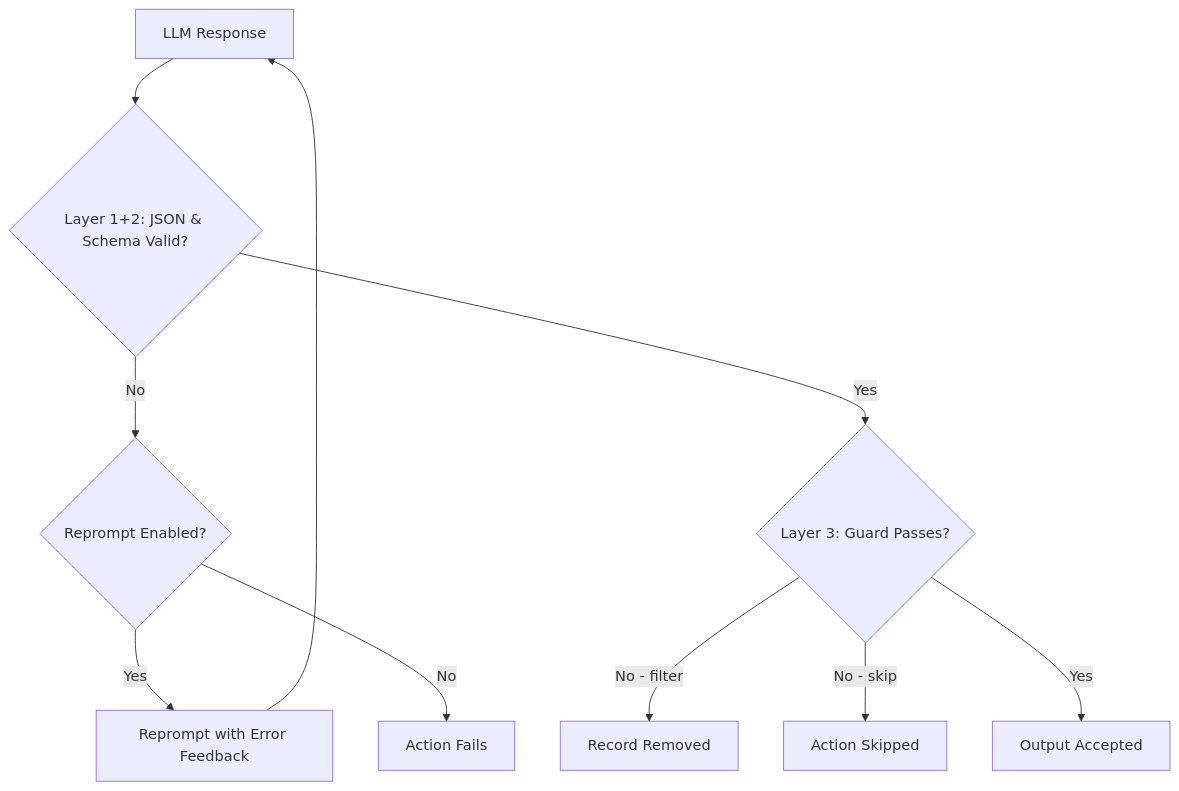
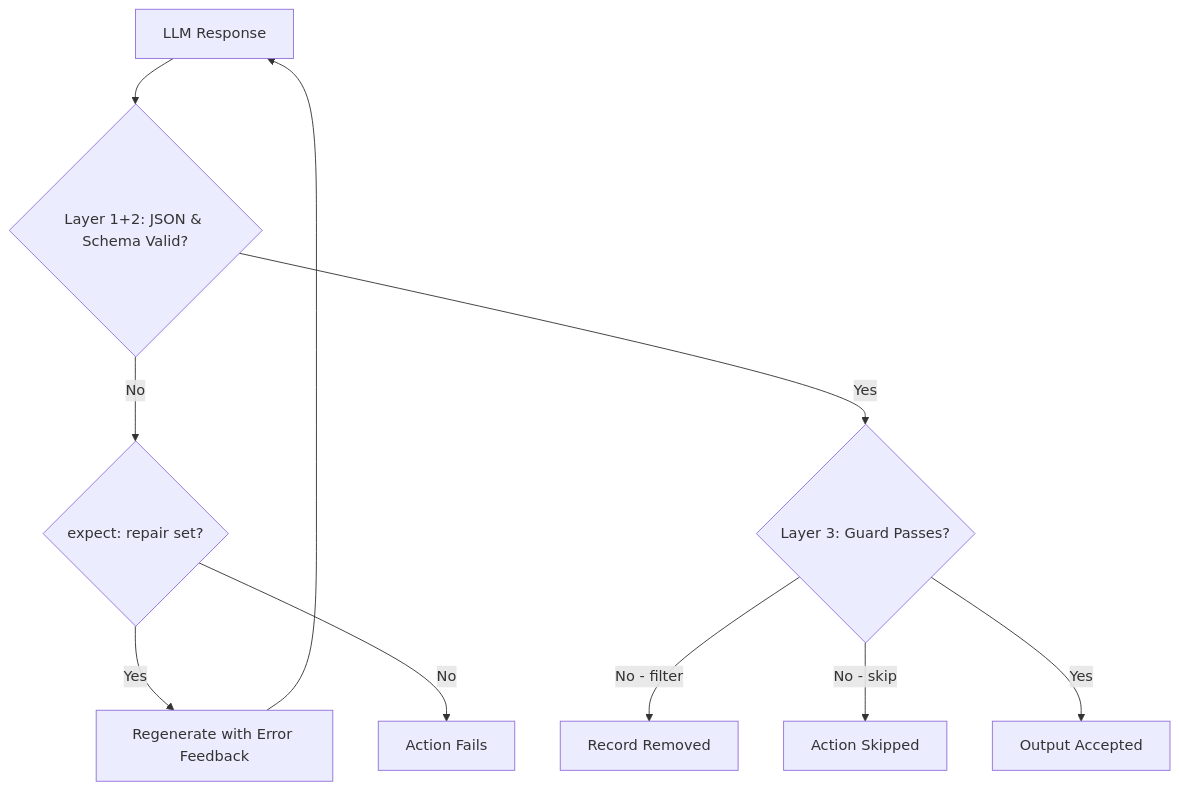
Before and after one commit to Muizzkolapo/agent-actions: the diagram in docs.agent-actions/docs/reference/validation/output-validation.md, drawn with Mermaid. The commit also changed other lines of this file and 8 other files, not shown here.

````diff
--- a/docs.agent-actions/docs/reference/validation/output-validation.md
+++ b/docs.agent-actions/docs/reference/validation/output-validation.md
@@ -16,12 +16,12 @@
 ```mermaid
 flowchart TD
     A[LLM Response] --> B{Layer 1+2: JSON & Schema Valid?}
-    B -->|No| G{Reprompt Enabled?}
-    G -->|Yes| E[Reprompt with Error Feedback]
+    B -->|No| G{expect: repair set?}
+    G -->|Yes| E[Regenerate with Error Feedback]
     G -->|No| H[Action Fails]
     E --> A
     B -->|Yes| I{Layer 3: Guard Passes?}
     I -->|No - filter| J[Record Removed]
     I -->|No - skip| K[Action Skipped]
     I -->|Yes| L[Output Accepted]
 ```
````
